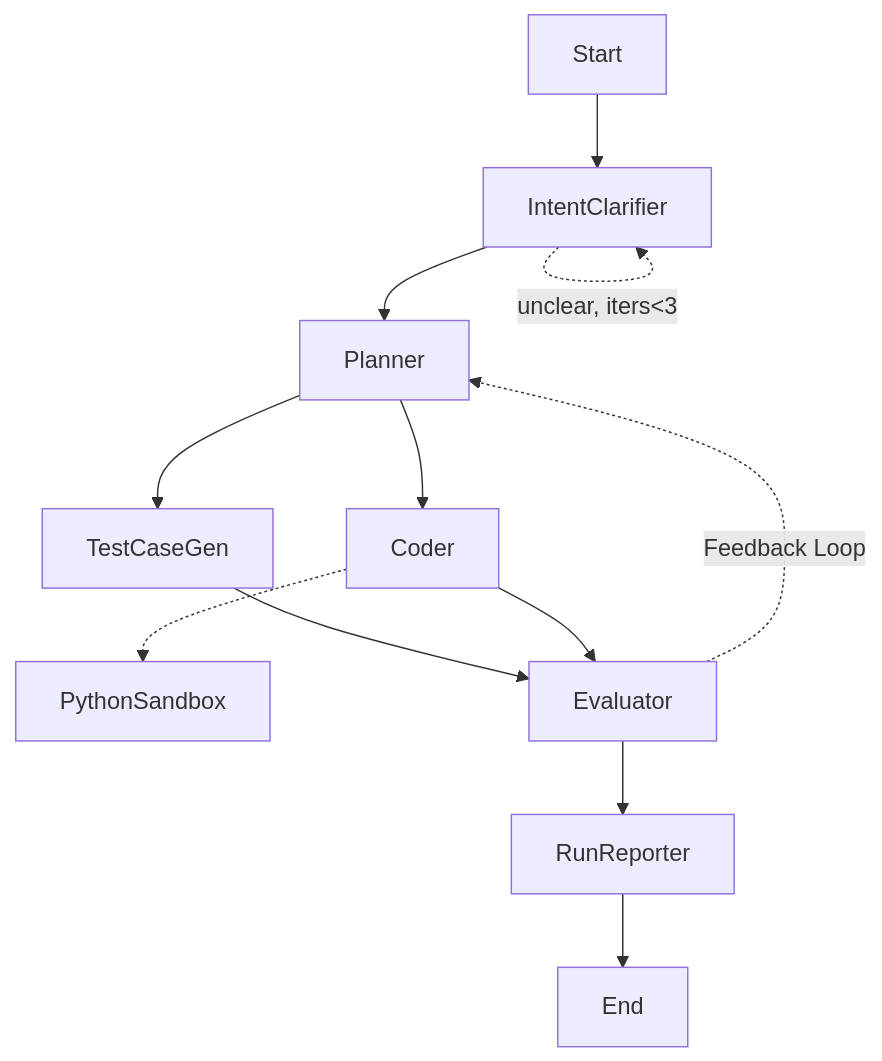
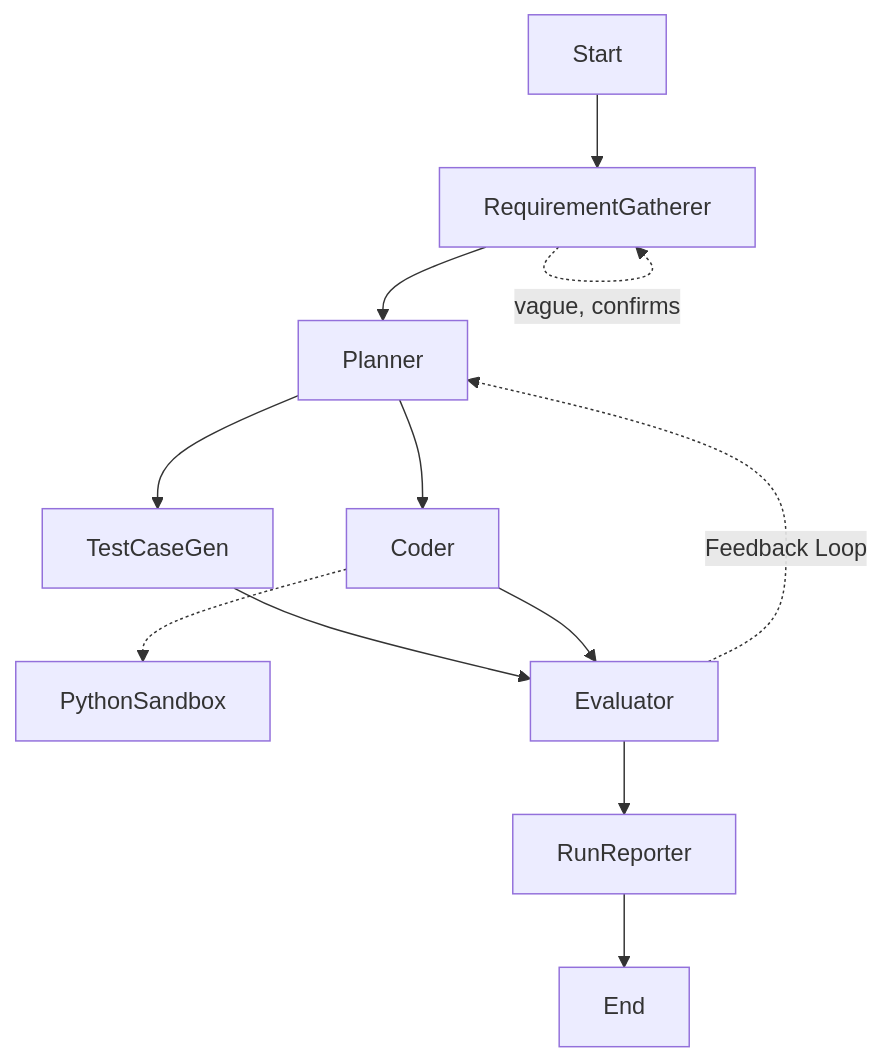
One commit to kuralamuthan300/leetcode_agent changed the diagram in plan/architecture.md. Above: the diagram before and after it, drawn with Mermaid. The commit also changed other lines of this file and 11 other files, not shown here.

Commit message:
RequirementGatherer, signature contract, replace-results, gemma for all

````diff
--- a/plan/architecture.md
+++ b/plan/architecture.md
@@ -17,14 +18,14 @@
 ```mermaid
 graph TD
-    Start --> IntentClarifier
-    IntentClarifier -.->|unclear, iters<3| IntentClarifier
-    IntentClarifier --> Planner
+    Start --> RequirementGatherer
+    RequirementGatherer -.->|vague, confirms| RequirementGatherer
+    RequirementGatherer --> Planner
     Planner --> TestCaseGen
     Planner --> Coder
     Coder -.-> PythonSandbox
     TestCaseGen --> Evaluator
     Coder --> Evaluator
     Evaluator -.->|Feedback Loop| Planner
     Evaluator --> RunReporter
     RunReporter --> End
 ```
````
